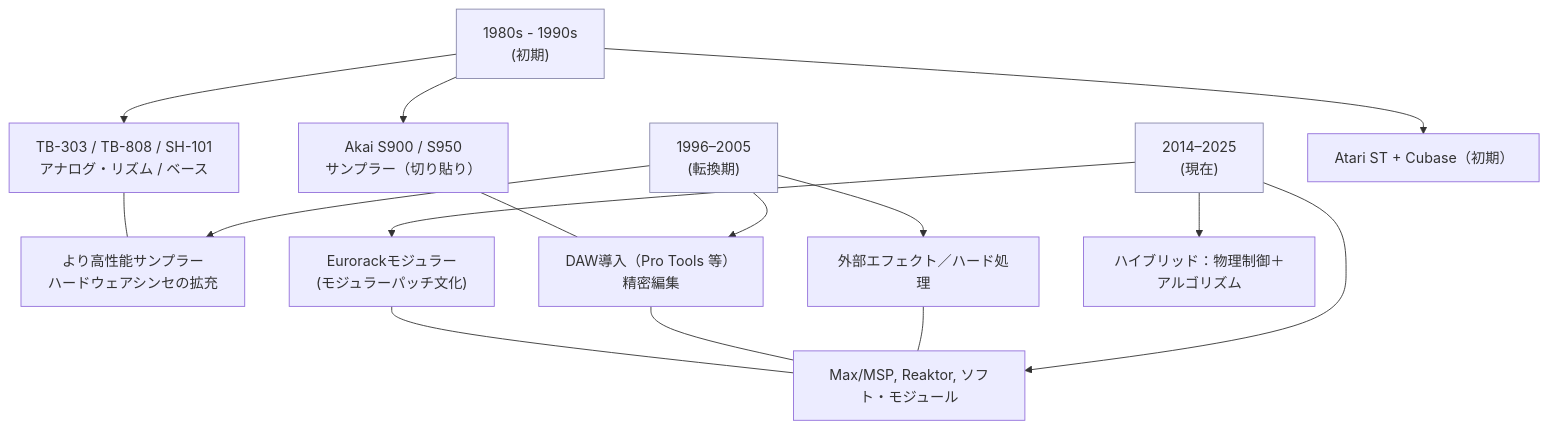
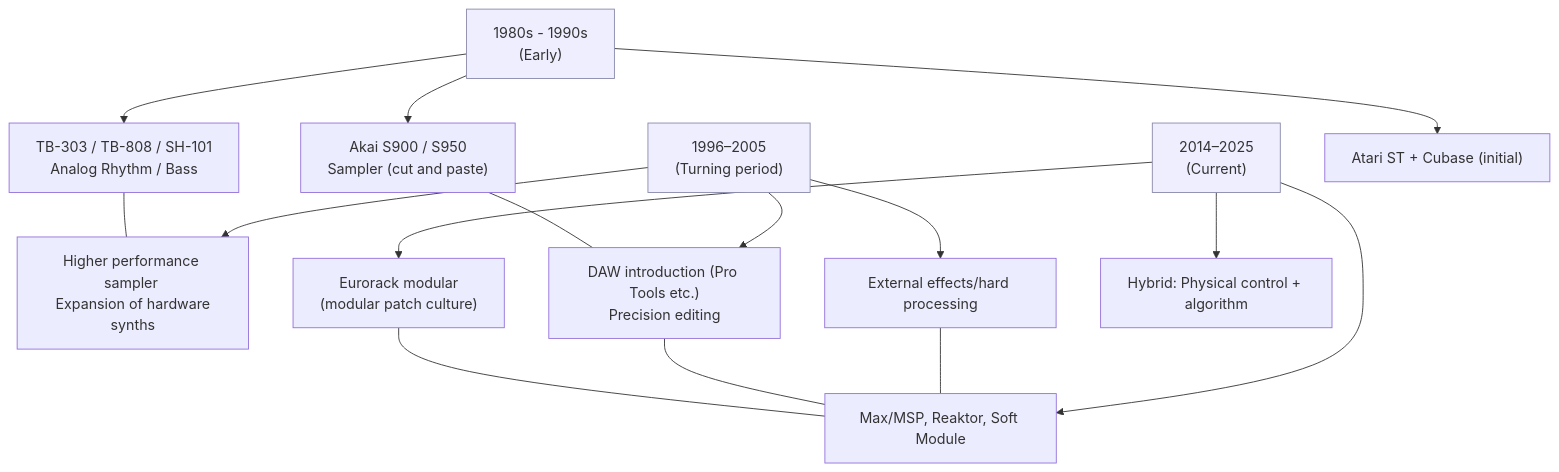
Before and after one commit to monumental-movement/monumental-movement.github.io: the third of 7 diagrams in en/_posts/2025-10-24-column-aphex_twin_evolution.md, drawn with Mermaid. The commit also changed other lines of this file and 152 other files, not shown here.

```diff
--- a/en/_posts/2025-10-24-column-aphex_twin_evolution.md
+++ b/en/_posts/2025-10-24-column-aphex_twin_evolution.md
@@ -274,34 +274,34 @@
 <div class="mermaid">
 
 flowchart TD
 
 
-  A["1980s - 1990s<br>(初期)"]
-  B["1996–2005<br>(転換期)"]
-  C["2014–2025<br>(現在)"]
+  A["1980s - 1990s<br>(Early)"]
+  B["1996–2005<br>(Turning period)"]
+  C["2014–2025<br>(Current)"]
 
-  A --> A1["TB-303 / TB-808 / SH-101<br>アナログ・リズム / ベース"]
-  A --> A2["Akai S900 / S950<br>サンプラー（切り貼り）"]
-  A --> A3["Atari ST + Cubase（初期）"]
+  A --> A1["TB-303 / TB-808 / SH-101<br>Analog Rhythm / Bass"]
+  A --> A2["Akai S900 / S950<br>Sampler (cut and paste)"]
+  A --> A3["Atari ST + Cubase (initial)"]
 
-  B --> B1["より高性能サンプラー<br>ハードウェアシンセの拡充"]
-  B --> B2["DAW導入（Pro Tools 等）<br>精密編集"]
-  B --> B3["外部エフェクト／ハード処理"]
+  B --> B1["Higher performance sampler <br> Expansion of hardware synths"]
+  B --> B2["DAW introduction (Pro Tools etc.)<br>Precision editing"]
+  B --> B3["External effects/hard processing"]
 
-  C --> C1["Eurorackモジュラー<br>(モジュラーパッチ文化)"]
-  C --> C2["Max/MSP, Reaktor, ソフト・モジュール"]
-  C --> C3["ハイブリッド：物理制御＋アルゴリズム"]
+  C --> C1["Eurorack modular<br>(modular patch culture)"]
+  C --> C2["Max/MSP, Reaktor, Soft Module"]
+  C --> C3["Hybrid: Physical control + algorithm"]
 
 
   A1 --- B1
   A2 --- B2
   B3 --- C2
   B2 --- C2
   C1 --- C2
 
 
   classDef era fill:#eef,stroke:#88a,stroke-width:1px;
   class A,B,C era;
 
 
 </div>
```
